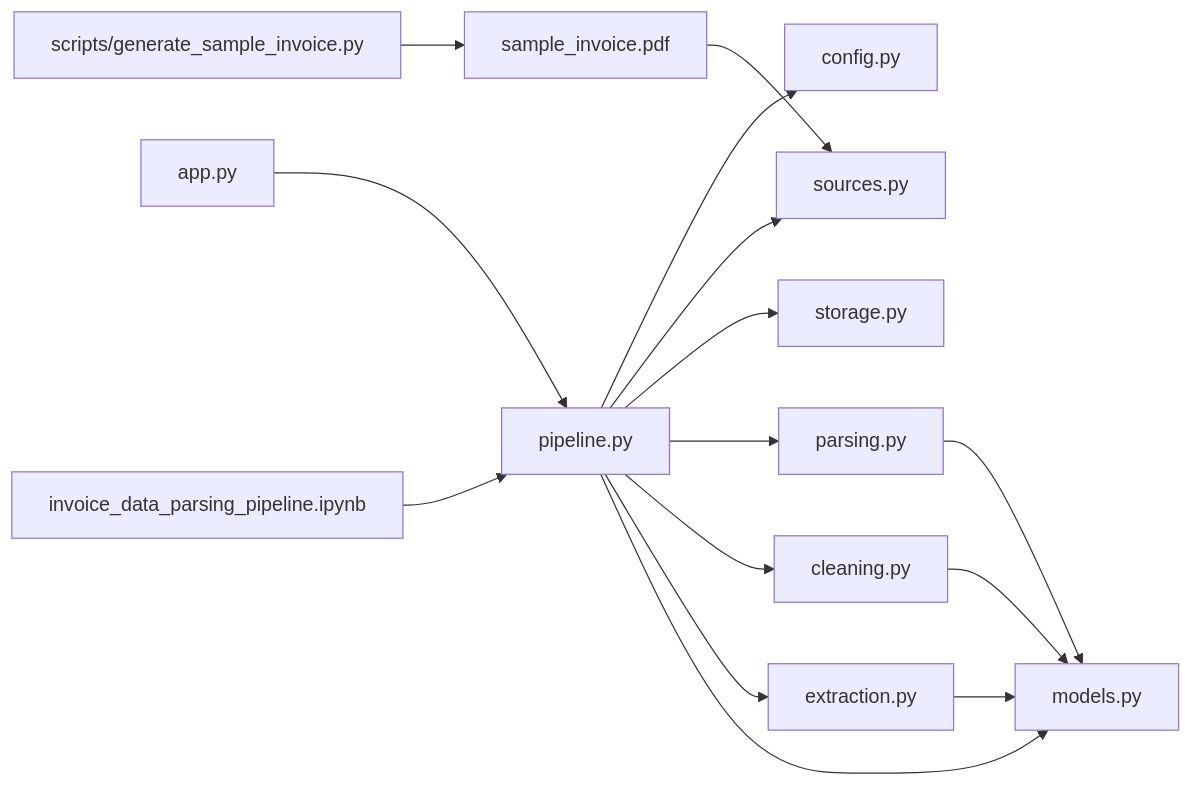
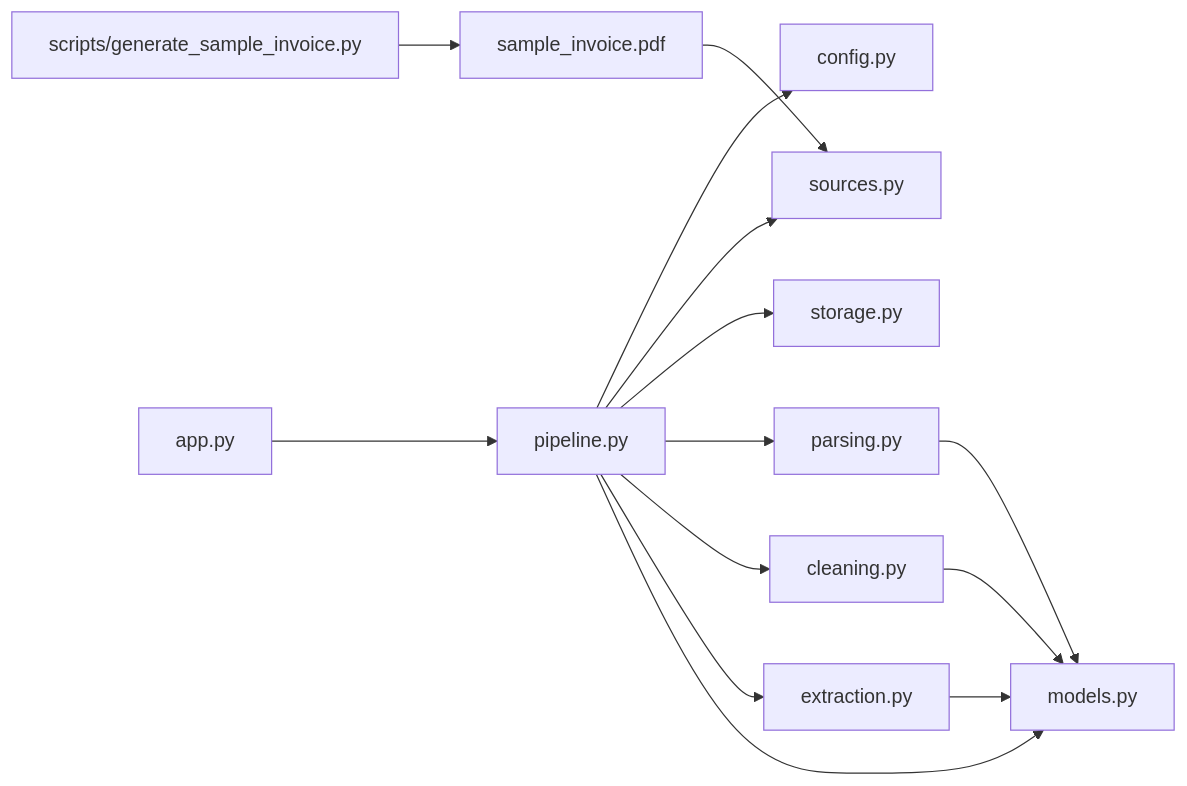
Before and after one commit to sunnysavita10/data-parsing: the second of 3 diagrams in README.md, drawn with Mermaid. The commit also changed other lines of this file and 11 other files, not shown here.

````diff
--- a/README.md
+++ b/README.md
@@ -69,20 +74,18 @@
 ```mermaid
 flowchart LR
     APP[app.py] --> PIPELINE[pipeline.py]
-    NOTEBOOK[invoice_data_parsing_pipeline.ipynb] --> PIPELINE
-
     PIPELINE --> CONFIG[config.py]
     PIPELINE --> SOURCES[sources.py]
     PIPELINE --> STORAGE[storage.py]
     PIPELINE --> PARSING[parsing.py]
     PIPELINE --> CLEANING[cleaning.py]
     PIPELINE --> EXTRACTION[extraction.py]
 
     PARSING --> MODELS[models.py]
     CLEANING --> MODELS
     EXTRACTION --> MODELS
     PIPELINE --> MODELS
 
     GENERATOR[scripts/generate_sample_invoice.py] --> SAMPLE[sample_invoice.pdf]
     SAMPLE --> SOURCES
 ```
````
